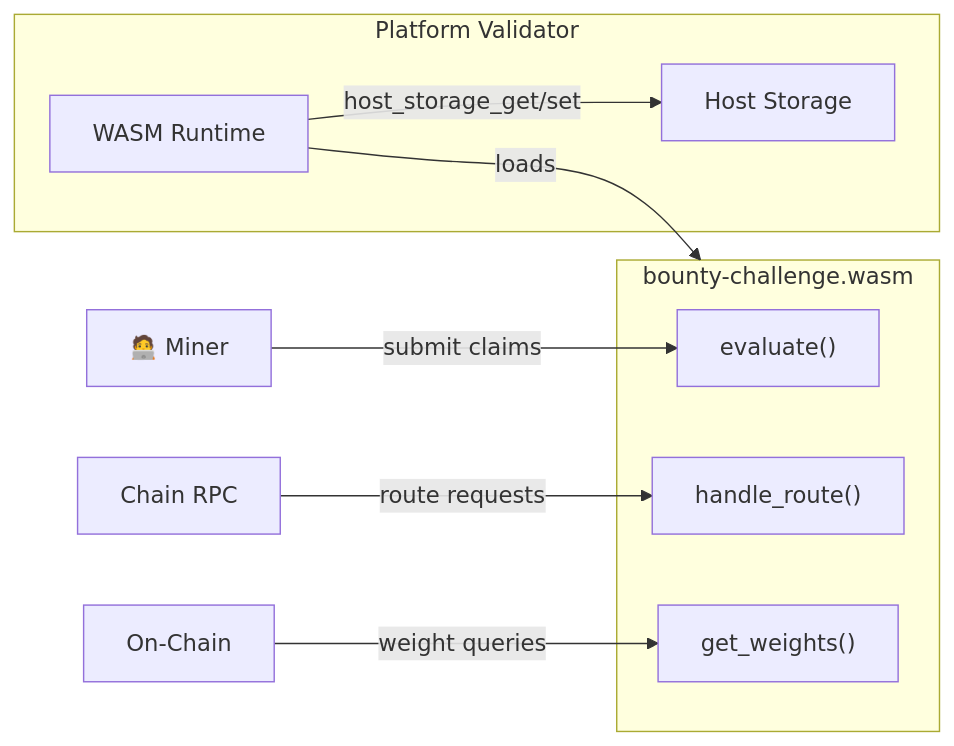
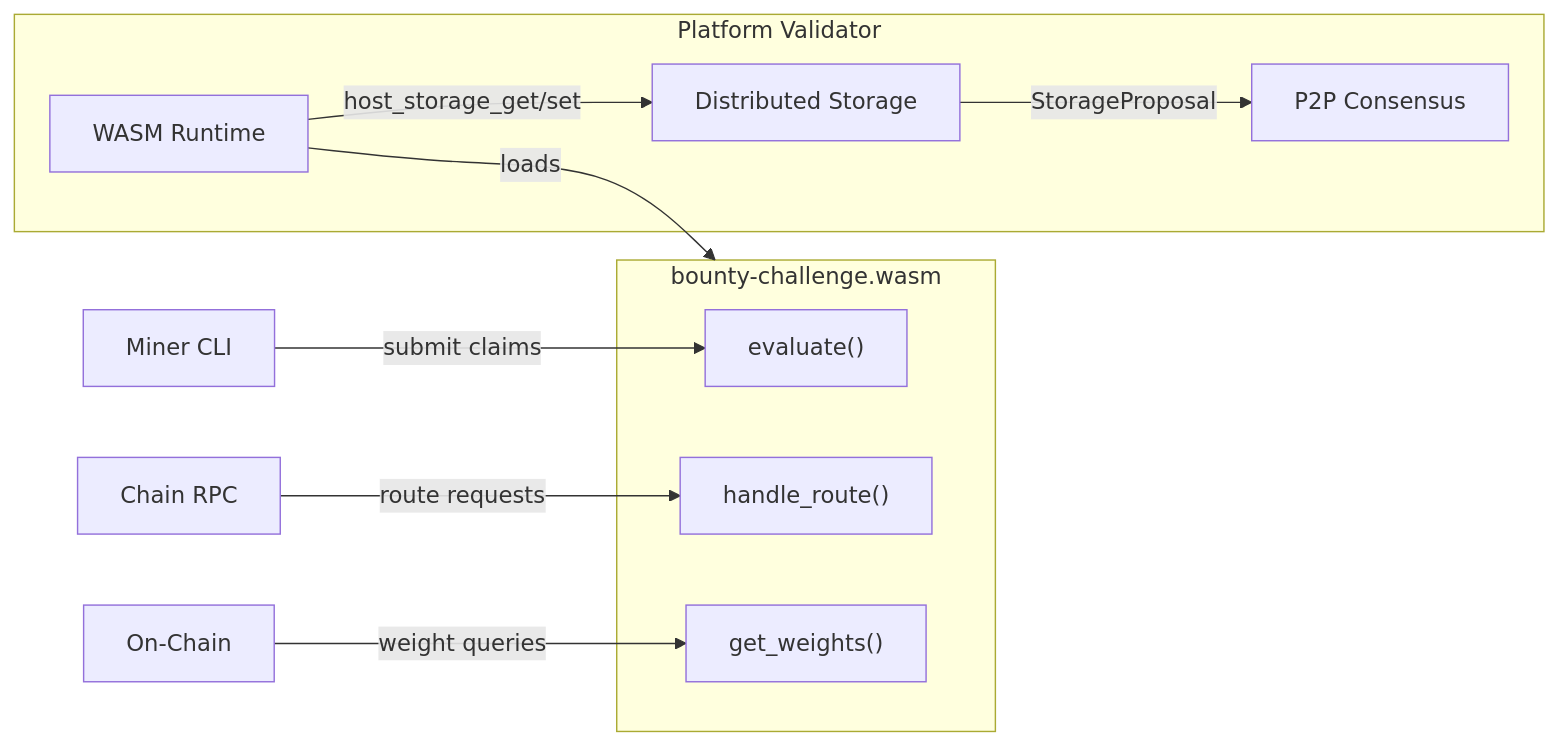
The diagram in README.md (PlatformNetwork/bounty-challenge), drawn with Mermaid before and after one commit. The commit also changed other lines of this file and 1 other file, not shown here.

Commit message:
docs: update README and getting-started for new interactive CLI

````diff
--- a/README.md
+++ b/README.md
@@ -96,19 +102,21 @@
 ```mermaid
 flowchart LR
     subgraph Validator["Platform Validator"]
         Runtime["WASM Runtime"]
-        Storage["Host Storage"]
+        Storage["Distributed Storage"]
+        Consensus["P2P Consensus"]
         Runtime -->|"host_storage_get/set"| Storage
+        Storage -->|"StorageProposal"| Consensus
     end
     
     subgraph Module["bounty-challenge.wasm"]
         Evaluate["evaluate()"]
         Routes["handle_route()"]
         Weights["get_weights()"]
     end
     
     Runtime -->|"loads"| Module
-    Miner["🧑‍💻 Miner"] -->|"submit claims"| Evaluate
+    Miner["Miner CLI"] -->|"submit claims"| Evaluate
     API["Chain RPC"] -->|"route requests"| Routes
     Chain["On-Chain"] -->|"weight queries"| Weights
 ```
````
